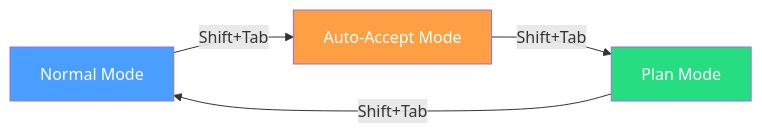
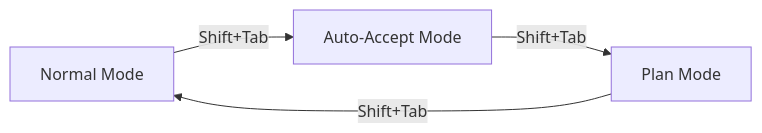
One commit to 0h-n0/zenn-contents changed the first of 2 diagrams in articles/63cf472bad8ea7.md. Above: the diagram before and after it, drawn with Mermaid. The commit also changed other lines of this file and 13 other files, not shown here.

First line of the commit message:
fix: Mermaidダイアグラムのカスタムスタイル(fill/stroke/color)を削除

````diff
--- a/articles/63cf472bad8ea7.md
+++ b/articles/63cf472bad8ea7.md
@@ -43,9 +43,6 @@
 ```mermaid
 graph LR
     N[Normal Mode] -->|Shift+Tab| A[Auto-Accept Mode]
     A -->|Shift+Tab| P[Plan Mode]
     P -->|Shift+Tab| N
-    style N fill:#4a9eff,color:#fff
-    style A fill:#ff9f43,color:#fff
-    style P fill:#26de81,color:#fff
 ```
````
